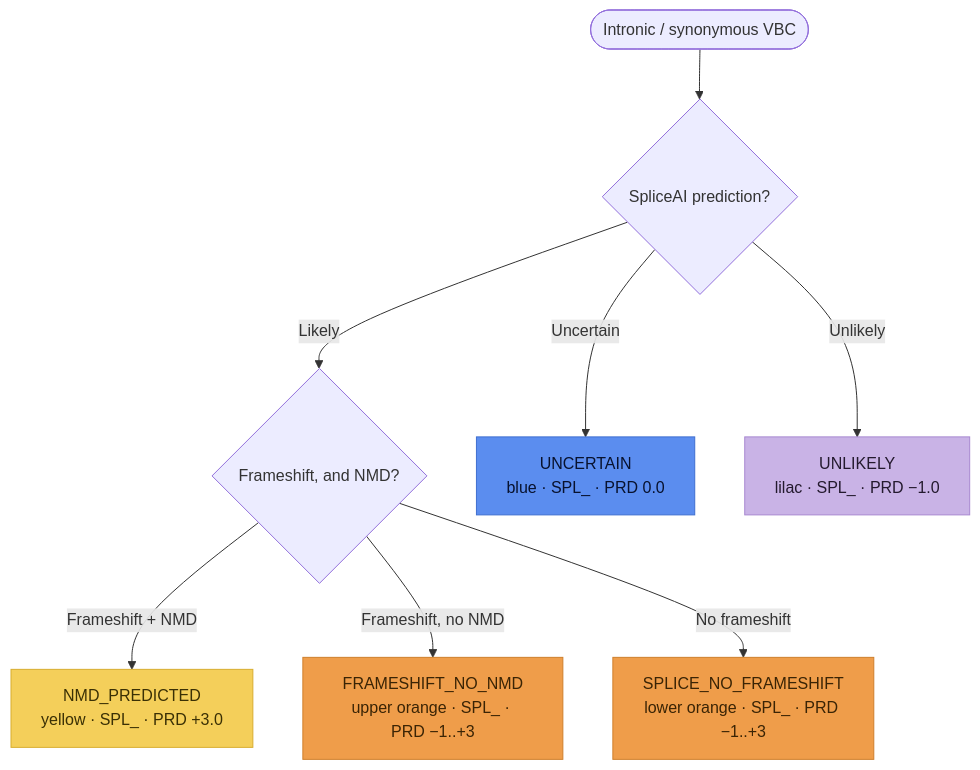
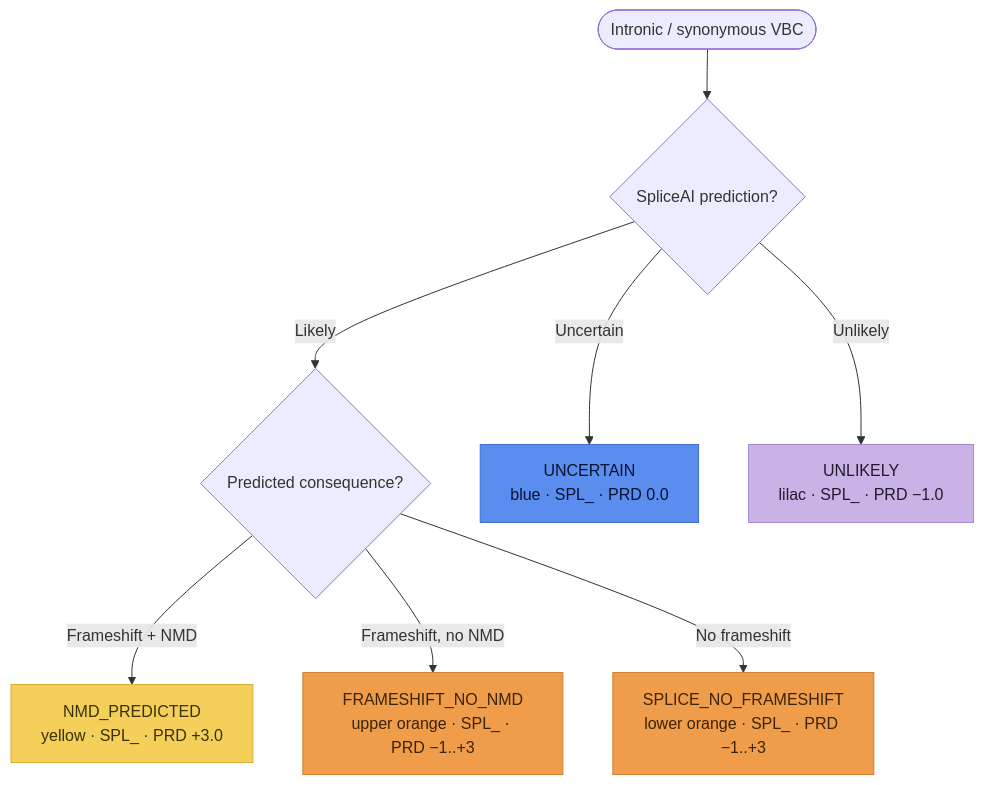
Before and after one commit to clingen-data-model/svcv4-model: the diagram in docs/workflows/pfd/intronic-synonymous.md, drawn with Mermaid.

Commit message:
docs: clean up intronic diagram decision-node phrasing (code-review nit)
'Frameshift, and NMD?' (a binary question with 3 exits) -> 'Predicted consequence?',
matching the canonical-splice diagram's D1 style.

````diff
--- a/docs/workflows/pfd/intronic-synonymous.md
+++ b/docs/workflows/pfd/intronic-synonymous.md
@@ -38,15 +38,15 @@
 ```mermaid
 flowchart TD
     START([Intronic / synonymous VBC]) --> D1{SpliceAI prediction?}
-    D1 -->|Likely| D2{Frameshift, and NMD?}
+    D1 -->|Likely| D2{Predicted consequence?}
     D1 -->|Uncertain| BLU[UNCERTAIN<br/>blue · SPL_ · PRD 0.0]:::blue
     D1 -->|Unlikely| LIL[UNLIKELY<br/>lilac · SPL_ · PRD −1.0]:::lilac
     D2 -->|Frameshift + NMD| YEL[NMD_PREDICTED<br/>yellow · SPL_ · PRD +3.0]:::yellow
     D2 -->|Frameshift, no NMD| UO[FRAMESHIFT_NO_NMD<br/>upper orange · SPL_ · PRD −1..+3]:::orange
     D2 -->|No frameshift| LO[SPLICE_NO_FRAMESHIFT<br/>lower orange · SPL_ · PRD −1..+3]:::orange
 
     classDef yellow fill:#f4cf5a,stroke:#d8ad2f,color:#3a3005;
     classDef orange fill:#ef9d4a,stroke:#cf7f2c,color:#3a2405;
     classDef blue fill:#5b8def,stroke:#3f6fd0,color:#08122e;
     classDef lilac fill:#c9b3e6,stroke:#a888d0,color:#241a2e;
 ```
````
